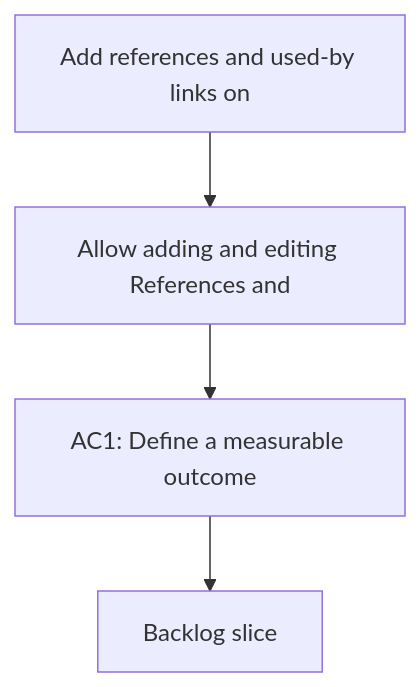
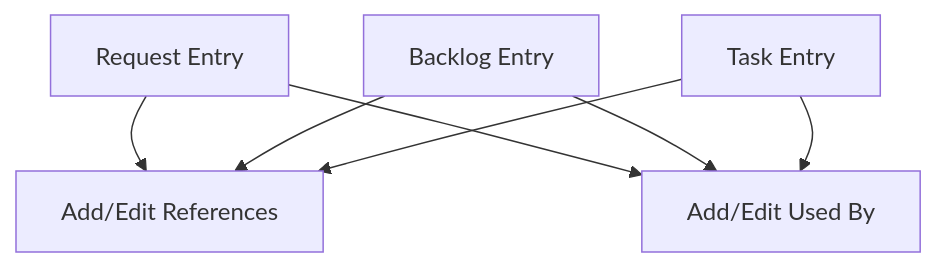
One commit to AlexAgo83/logics-manager changed the diagram in logics/request/req_004_add_references_and_used_by_links.md. Above: the diagram before and after it, drawn with Mermaid. The commit also changed other lines of this file and 54 other files, not shown here.

````diff
--- a/logics/request/req_004_add_references_and_used_by_links.md
+++ b/logics/request/req_004_add_references_and_used_by_links.md
@@ -7,8 +7,16 @@
 ```mermaid
 %% logics-kind: request
 %% logics-signature: request|add-references-and-used-by-links-on-requ|allow-adding-and-editing-references-and|ac1-define-a-measurable-outcome
 flowchart TD
-    Trigger[Add references and used-by links on] --> Need[Allow adding and editing References and]
-    Need --> Outcome[AC1: Define a measurable outcome]
-    Outcome --> Backlog[Backlog slice]
+  Req[Request Entry]
+  Backlog[Backlog Entry]
+  Task[Task Entry]
+  Ref[Add/Edit References]
+  UsedBy[Add/Edit Used By]
+  Req --> Ref
+  Req --> UsedBy
+  Backlog --> Ref
+  Backlog --> UsedBy
+  Task --> Ref
+  Task --> UsedBy
 ```
````
